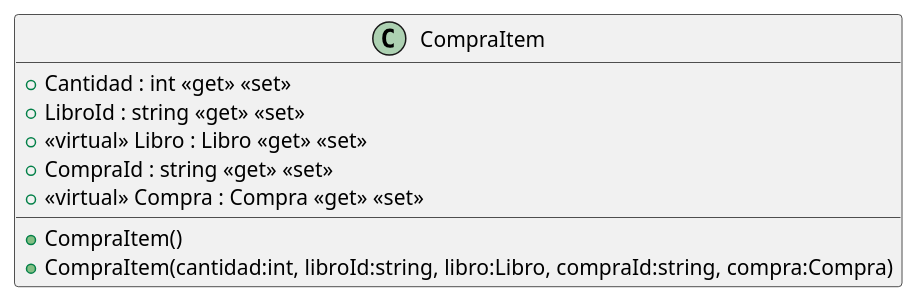
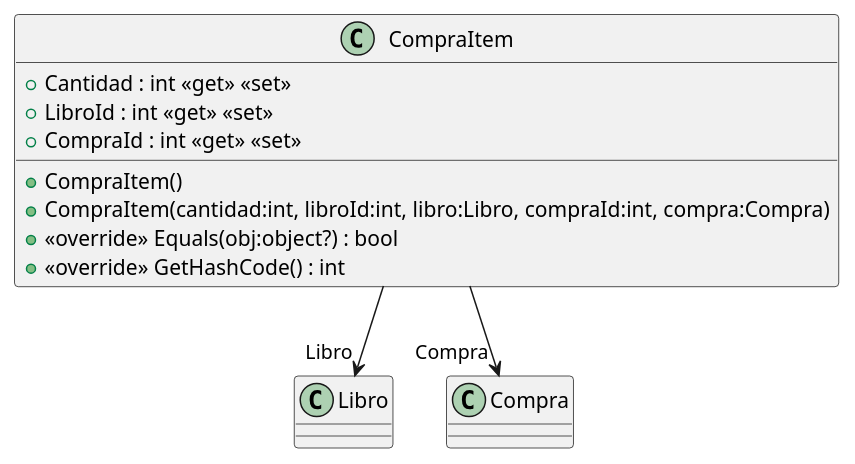
Before and after one commit to ISII2627JRJ/ISII2627JRJ: the diagram in src/AppForSEII.API/ClassDiagram/CompraItem.puml, drawn with PlantUML. The commit also changed 11 other files, not shown here.

```diff
--- a/src/AppForSEII.API/ClassDiagram/CompraItem.puml
+++ b/src/AppForSEII.API/ClassDiagram/CompraItem.puml
@@ -1,11 +1,13 @@
 @startuml
 class CompraItem {
     + CompraItem()
-    + CompraItem(cantidad:int, libroId:string, libro:Libro, compraId:string, compra:Compra)
+    + CompraItem(cantidad:int, libroId:int, libro:Libro, compraId:int, compra:Compra)
+    + <<override>> Equals(obj:object?) : bool
+    + <<override>> GetHashCode() : int
     + Cantidad : int <<get>> <<set>>
-    + LibroId : string <<get>> <<set>>
-    + <<virtual>> Libro : Libro <<get>> <<set>>
-    + CompraId : string <<get>> <<set>>
-    + <<virtual>> Compra : Compra <<get>> <<set>>
+    + LibroId : int <<get>> <<set>>
+    + CompraId : int <<get>> <<set>>
 }
+CompraItem --> "Libro" Libro
+CompraItem --> "Compra" Compra
 @enduml
```
